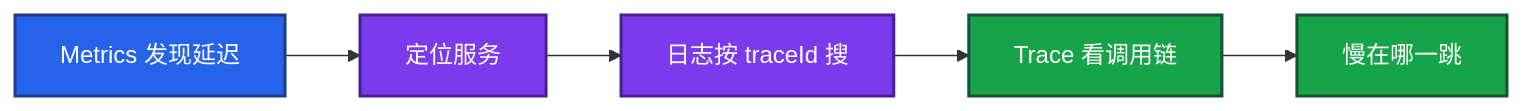
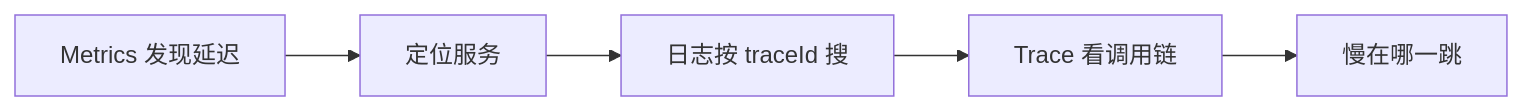
Before and after one commit to ml-cuizijun/LearnToLilith: the fourth of 5 diagrams in 04-Kubernetes/19-日志管理/知识点.md, drawn with Mermaid. The commit also changed other lines of this file and 107 other files, not shown here.

````diff
--- a/04-Kubernetes/19-日志管理/知识点.md
+++ b/04-Kubernetes/19-日志管理/知识点.md
@@ -283,14 +305,7 @@
 ```mermaid
 flowchart LR
     M[Metrics 发现延迟] --> S[定位服务]
     S --> L[日志按 traceId 搜]
     L --> T[Trace 看调用链]
     T --> hop[慢在哪一跳]
-
-    classDef a fill:#2563EB,stroke:#1E3A8A,stroke-width:2px,color:#fff
-    classDef b fill:#7C3AED,stroke:#4C1D95,stroke-width:2px,color:#fff
-    classDef c fill:#16A34A,stroke:#14532D,stroke-width:2px,color:#fff
-    class M a
-    class S,L b
-    class T,hop c
 ```
````
